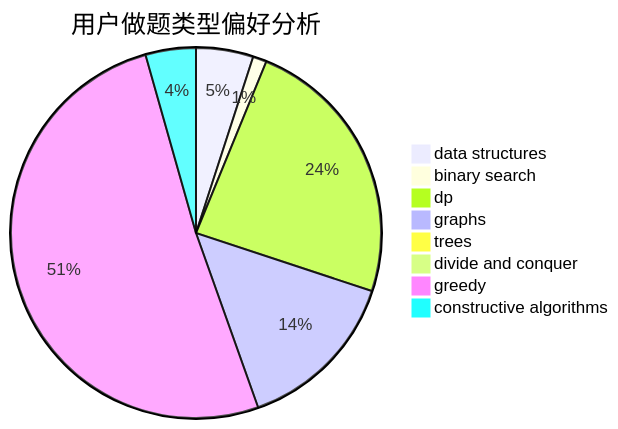
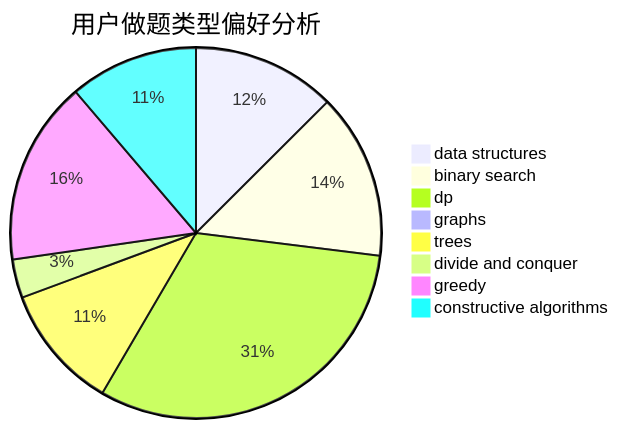
Before and after one commit to sherpahu/cfrs.github.io: the second of 3 diagrams in docs/user/u2510.md, drawn with Mermaid. The commit also changed other lines of this file and 2770 other files, not shown here.

````diff
--- a/docs/user/u2510.md
+++ b/docs/user/u2510.md
@@ -23,11 +23,11 @@
 ```mermaid
 pie title 用户做题类型偏好分析
-    "data structures" :  50
-    "binary search" :  12
-    "dp" :  239
-    "graphs" :  145
-    "trees" :  7
-    "divide and conquer" :  0
-    "greedy" :  511
-    "constructive algorithms" :  44
+    "data structures" :  78
+    "binary search" :  90
+    "dp" :  196
+    "graphs" :  2
+    "trees" :  68
+    "divide and conquer" :  21
+    "greedy" :  100
+    "constructive algorithms" :  70
 ```
````
